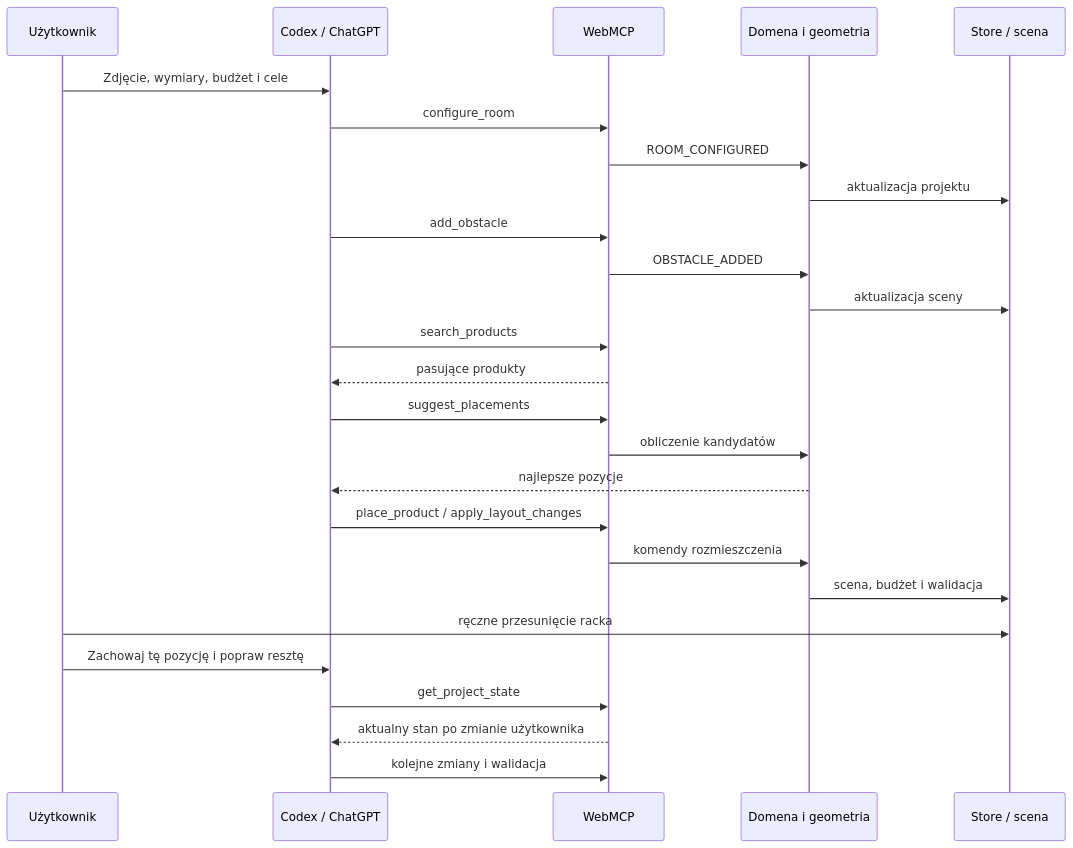
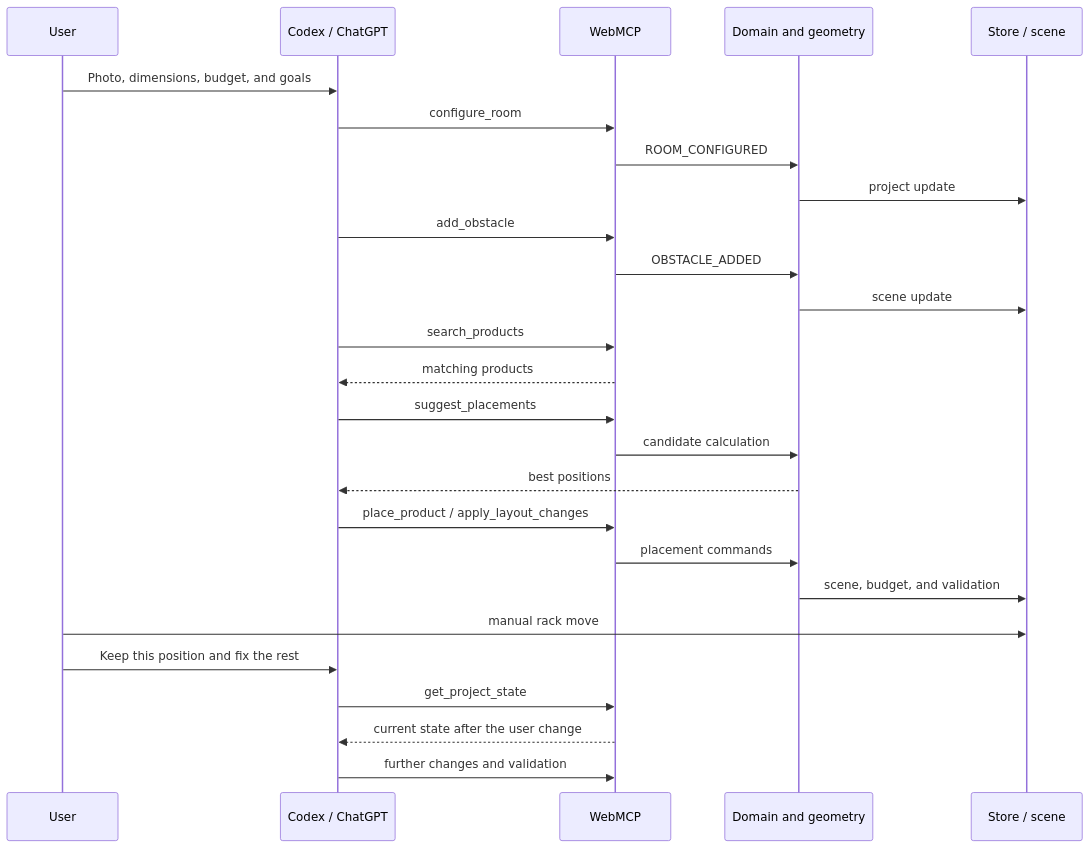
Before and after one commit to OskarWieckowicz/home-gym: the second of 2 diagrams in docs/TECHNICAL_ARCHITECTURE.md, drawn with Mermaid. The commit also changed other lines of this file and 4 other files, not shown here.

````diff
--- a/docs/TECHNICAL_ARCHITECTURE.md
+++ b/docs/TECHNICAL_ARCHITECTURE.md
@@ -504,29 +504,29 @@
 ```mermaid
 sequenceDiagram
-    participant U as Użytkownik
+    participant U as User
     participant A as Codex / ChatGPT
     participant W as WebMCP
-    participant D as Domena i geometria
-    participant S as Store / scena
+    participant D as Domain and geometry
+    participant S as Store / scene
 
-    U->>A: Zdjęcie, wymiary, budżet i cele
+    U->>A: Photo, dimensions, budget, and goals
     A->>W: configure_room
     W->>D: ROOM_CONFIGURED
-    D->>S: aktualizacja projektu
+    D->>S: project update
     A->>W: add_obstacle
     W->>D: OBSTACLE_ADDED
-    D->>S: aktualizacja sceny
+    D->>S: scene update
     A->>W: search_products
-    W-->>A: pasujące produkty
+    W-->>A: matching products
     A->>W: suggest_placements
-    W->>D: obliczenie kandydatów
-    D-->>A: najlepsze pozycje
+    W->>D: candidate calculation
+    D-->>A: best positions
     A->>W: place_product / apply_layout_changes
-    W->>D: komendy rozmieszczenia
-    D->>S: scena, budżet i walidacja
-    U->>S: ręczne przesunięcie racka
-    U->>A: Zachowaj tę pozycję i popraw resztę
+    W->>D: placement commands
+    D->>S: scene, budget, and validation
+    U->>S: manual rack move
+    U->>A: Keep this position and fix the rest
     A->>W: get_project_state
-    W-->>A: aktualny stan po zmianie użytkownika
-    A->>W: kolejne zmiany i walidacja
+    W-->>A: current state after the user change
+    A->>W: further changes and validation
 ```
````
